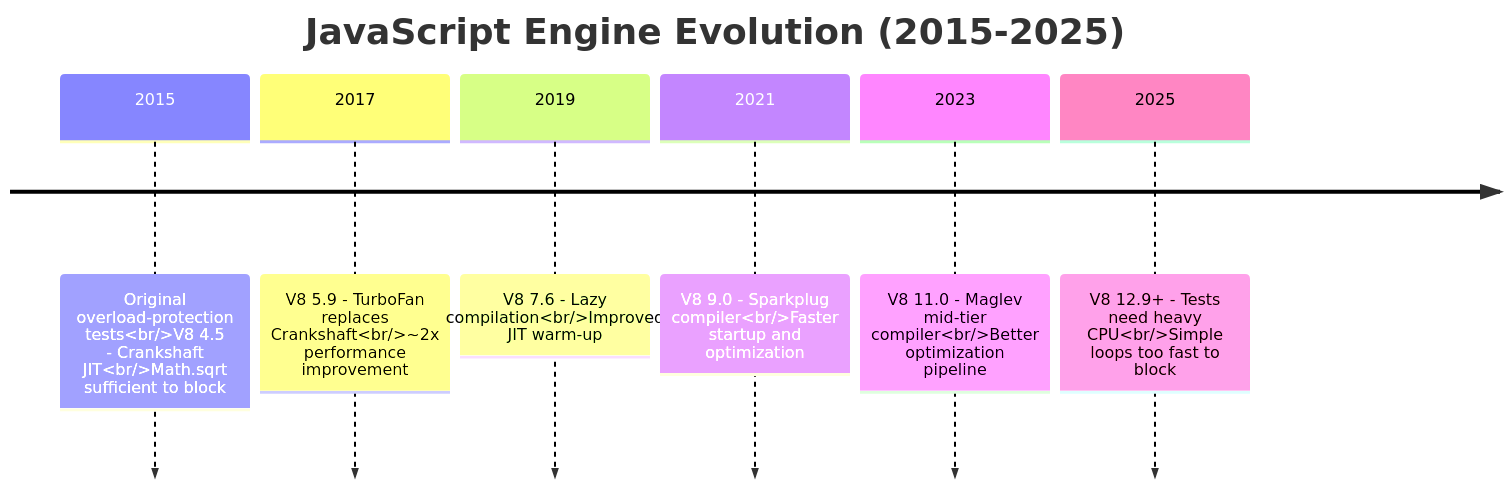
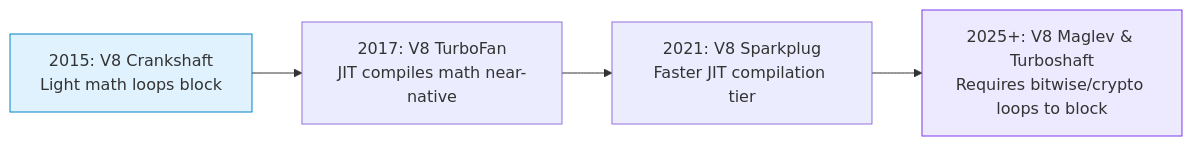
One commit to andylockran/overload-protection changed the ninth of 13 diagrams in readme.md. Above: the diagram before and after it, drawn with Mermaid. The commit also changed other lines of this file and 4 other files, not shown here.

````diff
--- a/readme.md
+++ b/readme.md
@@ -720,10 +727,9 @@
 ```mermaid
-timeline
-    title JavaScript Engine Evolution (2015-2025)
-    2015 : Original overload-protection tests<br/>V8 4.5 - Crankshaft JIT<br/>Math.sqrt sufficient to block
-    2017 : V8 5.9 - TurboFan replaces Crankshaft<br/>~2x performance improvement
-    2019 : V8 7.6 - Lazy compilation<br/>Improved JIT warm-up
-    2021 : V8 9.0 - Sparkplug compiler<br/>Faster startup and optimization
-    2023 : V8 11.0 - Maglev mid-tier compiler<br/>Better optimization pipeline
-    2025 : V8 12.9+ - Tests need heavy CPU<br/>Simple loops too fast to block
+flowchart LR
+    V2015["2015: V8 Crankshaft<br/>Light math loops block"] --> V2017["2017: V8 TurboFan<br/>JIT compiles math near-native"]
+    V2017 --> V2021["2021: V8 Sparkplug<br/>Faster JIT compilation tier"]
+    V2021 --> V2025["2025+: V8 Maglev & Turboshaft<br/>Requires bitwise/crypto loops to block"]
+    
+    style V2015 fill:#e0f2fe,stroke:#0284c7
+    style V2025 fill:#ede9fe,stroke:#7c3aed
 ```
````
